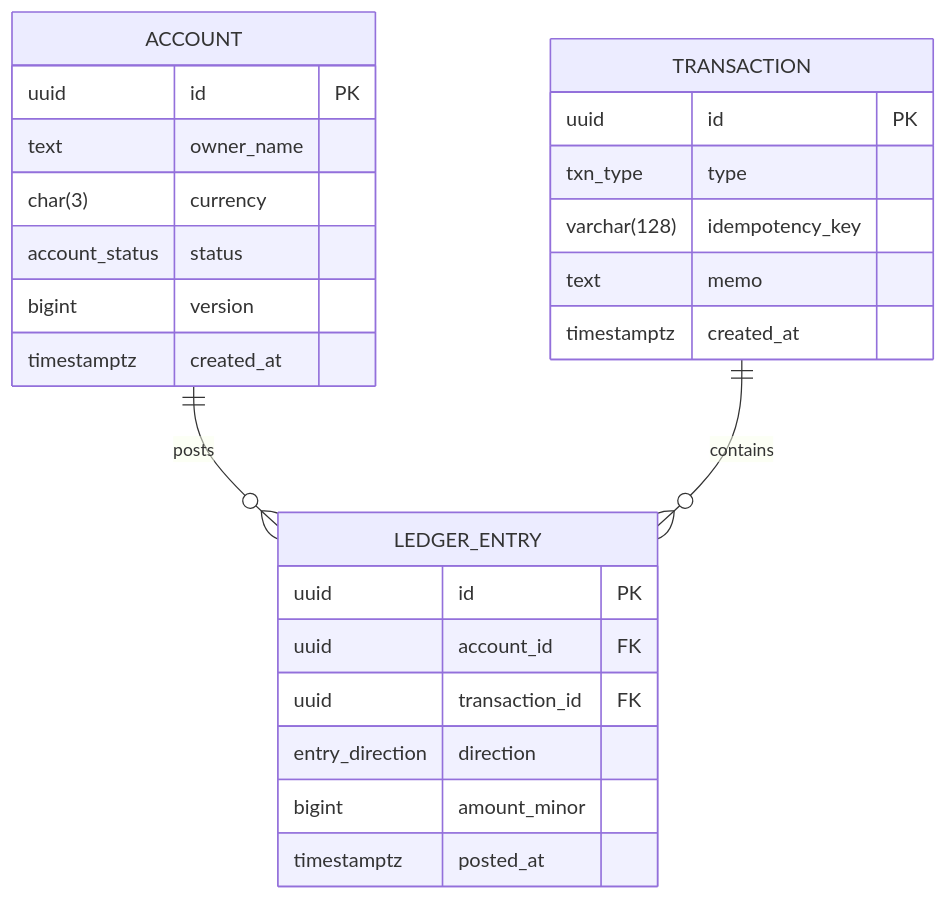
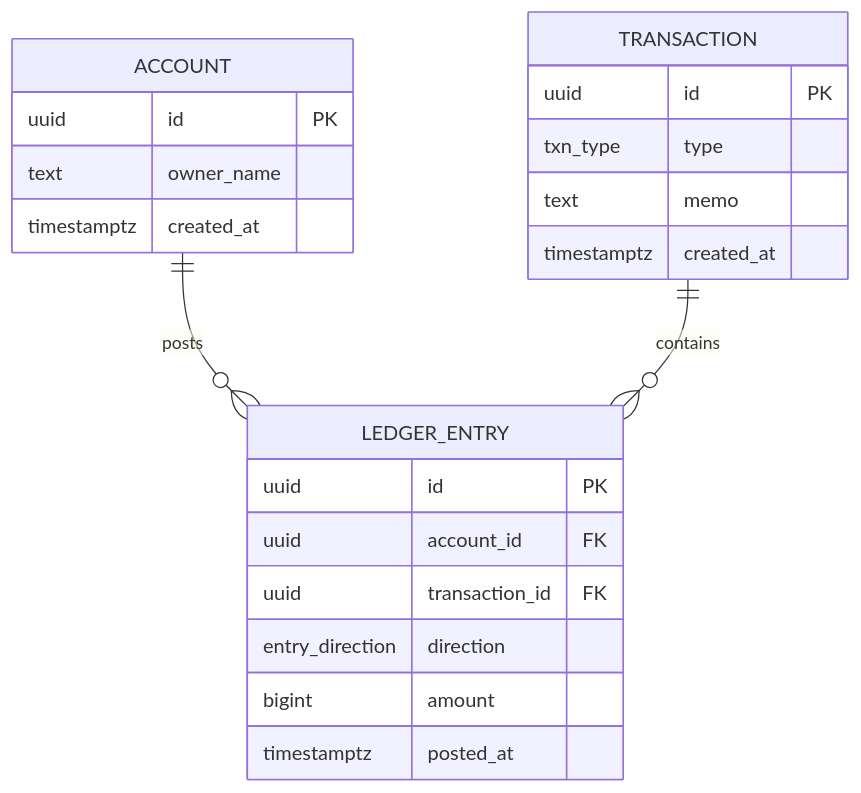
One commit to purinx/pekko-bank changed the diagram in docs/spec/erd.md. Above: the diagram before and after it, drawn with Mermaid. The commit also changed other lines of this file and 1 other file, not shown here.

Commit message:
add schema

````diff
--- a/docs/spec/erd.md
+++ b/docs/spec/erd.md
@@ -3,31 +3,27 @@
 ```mermaid
 erDiagram
   ACCOUNT {
     uuid id PK
     text owner_name
-    char(3) currency
-    account_status status
-    bigint version
     timestamptz created_at
   }
 
   TRANSACTION {
     uuid id PK
     txn_type type
-    varchar(128) idempotency_key
     text memo
     timestamptz created_at
   }
 
   LEDGER_ENTRY {
     uuid id PK
     uuid account_id FK
     uuid transaction_id FK
     entry_direction direction
-    bigint amount_minor
+    bigint amount
     timestamptz posted_at
   }
 
   ACCOUNT ||--o{ LEDGER_ENTRY : posts
   TRANSACTION ||--o{ LEDGER_ENTRY : contains
 ```
````
